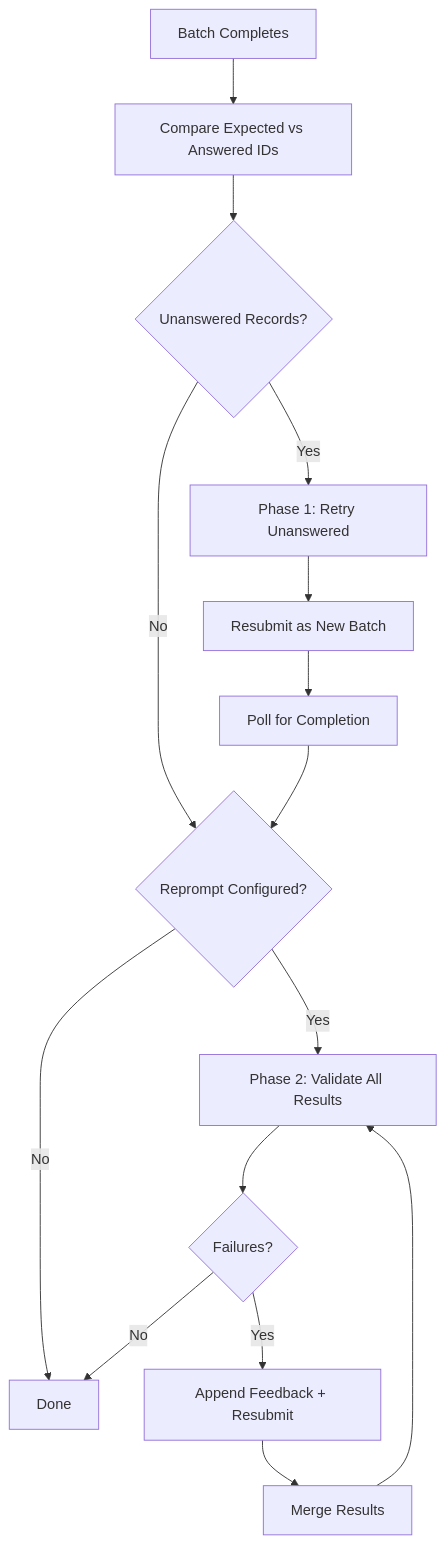
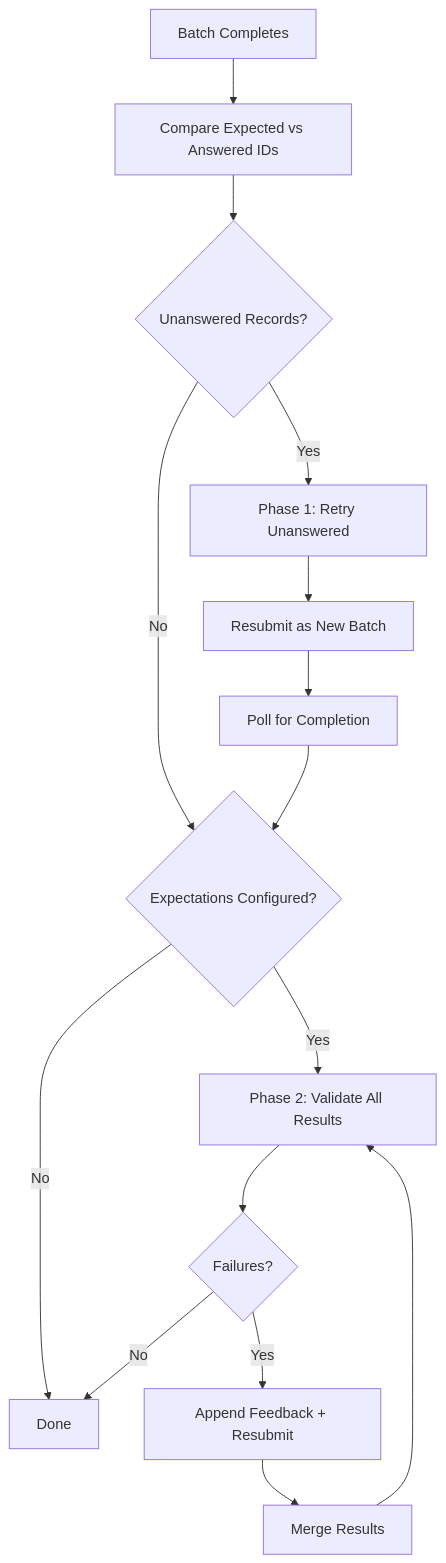
The diagram in docs.agent-actions/docs/reference/execution/batch-recovery.md (Muizzkolapo/agent-actions), drawn with Mermaid before and after one commit. The commit also changed other lines of this file and 54 other files, not shown here.

````diff
--- a/docs.agent-actions/docs/reference/execution/batch-recovery.md
+++ b/docs.agent-actions/docs/reference/execution/batch-recovery.md
@@ -14,17 +14,17 @@
 ```mermaid
 flowchart TD
     A[Batch Completes] --> B[Compare Expected vs Answered IDs]
     B --> C{Unanswered Records?}
     C -->|Yes| D[Phase 1: Retry Unanswered]
     C -->|No| G
     D --> E[Resubmit as New Batch]
     E --> F[Poll for Completion]
-    F --> G{Reprompt Configured?}
+    F --> G{Expectations Configured?}
     G -->|Yes| H[Phase 2: Validate All Results]
     G -->|No| L[Done]
     H --> I{Failures?}
     I -->|Yes| J[Append Feedback + Resubmit]
     J --> K[Merge Results]
     K --> H
     I -->|No| L
 ```
````
